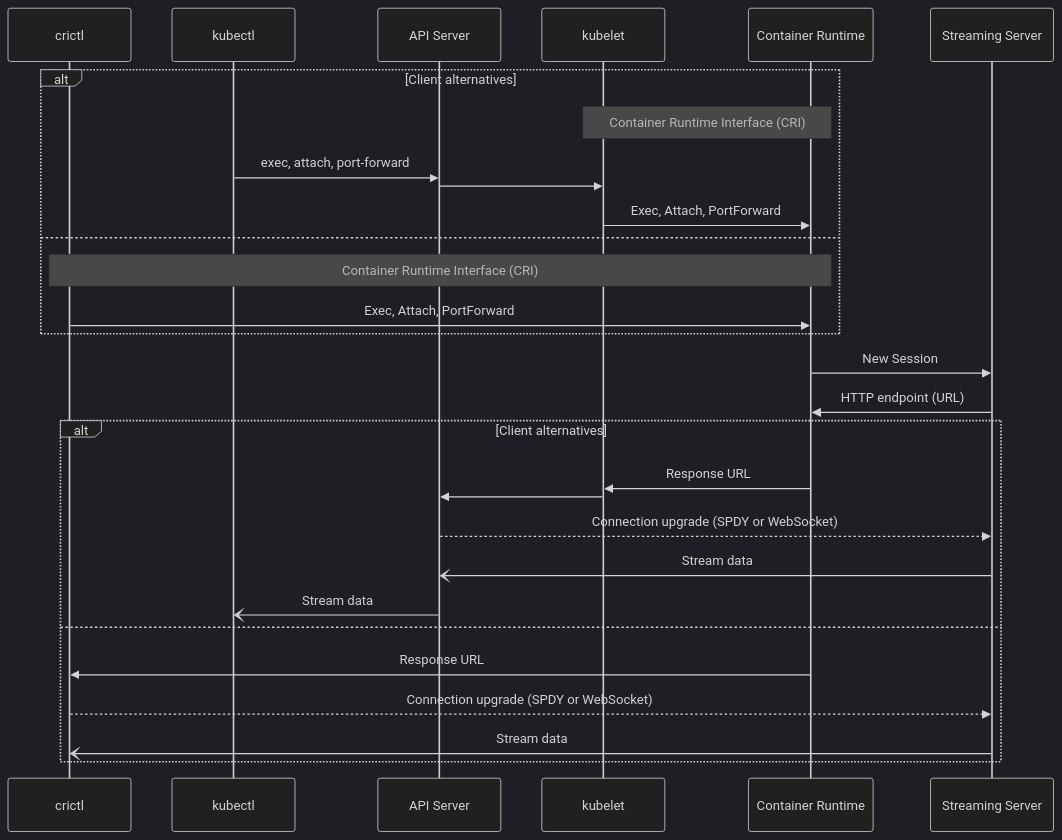
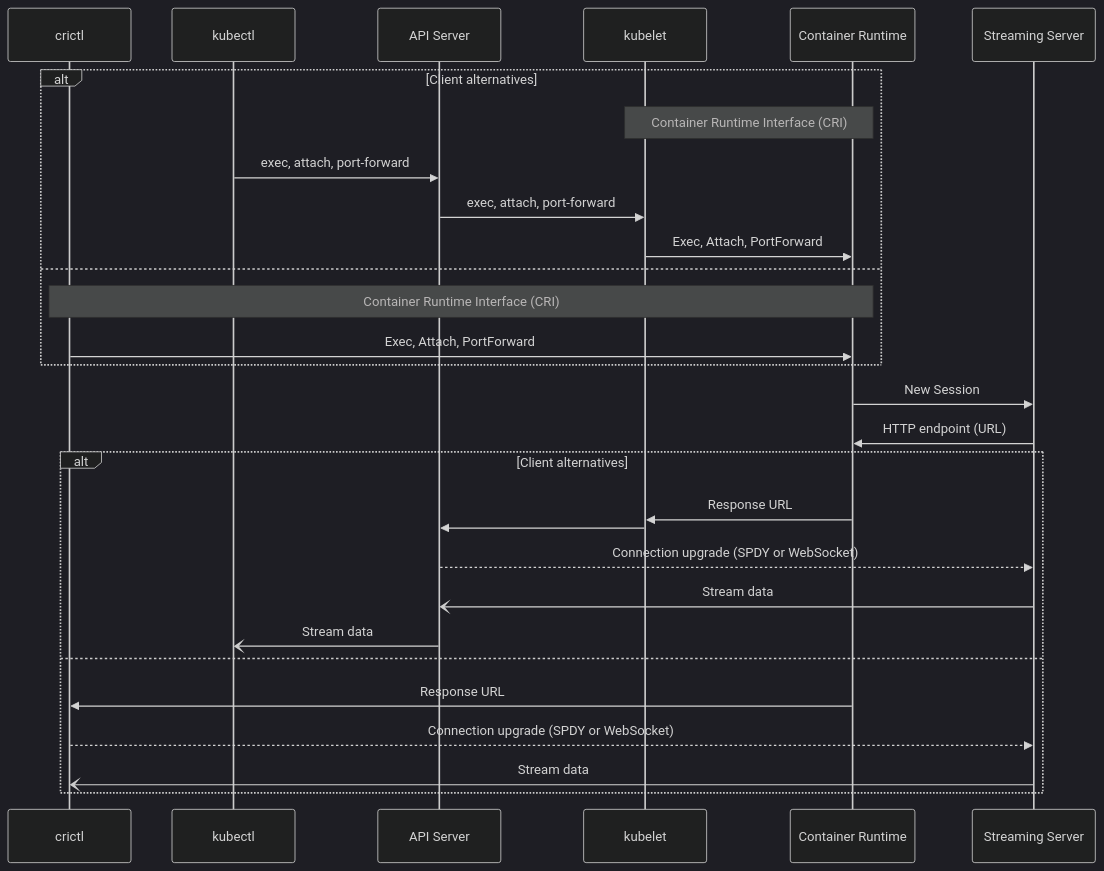
One commit to KimSJ15/kubernetes_website changed the first of 2 diagrams in content/en/blog/_posts/2024-05-01-cri-streaming-explained.md. Above: the diagram before and after it, drawn with Mermaid (dark theme).

Commit message:
Fix mermaid syntax in CRI blog post

```diff
--- a/content/en/blog/_posts/2024-05-01-cri-streaming-explained.md
+++ b/content/en/blog/_posts/2024-05-01-cri-streaming-explained.md
@@ -106,31 +106,31 @@
 {{< mermaid >}}
 sequenceDiagram
     participant crictl
     participant kubectl
     participant API as API Server
     participant kubelet
     participant runtime as Container Runtime
     participant streaming as Streaming Server
     alt Client alternatives
         Note over kubelet,runtime: Container Runtime Interface (CRI)
         kubectl->>API: exec, attach, port-forward
-        API->>kubelet: 
+        API->>kubelet: exec, attach, port-forward
         kubelet->>runtime: Exec, Attach, PortForward
     else
         Note over crictl,runtime: Container Runtime Interface (CRI)
         crictl->>runtime: Exec, Attach, PortForward
     end
     runtime->>streaming: New Session
     streaming->>runtime: HTTP endpoint (URL)
     alt Client alternatives
         runtime->>kubelet: Response URL
         kubelet->>API: 
         API-->>streaming: Connection upgrade (SPDY or WebSocket)
         streaming-)API: Stream data
         API-)kubectl: Stream data
     else
         runtime->>crictl: Response URL
         crictl-->>streaming: Connection upgrade (SPDY or WebSocket)
         streaming-)crictl: Stream data
     end
 {{< /mermaid >}}
```
